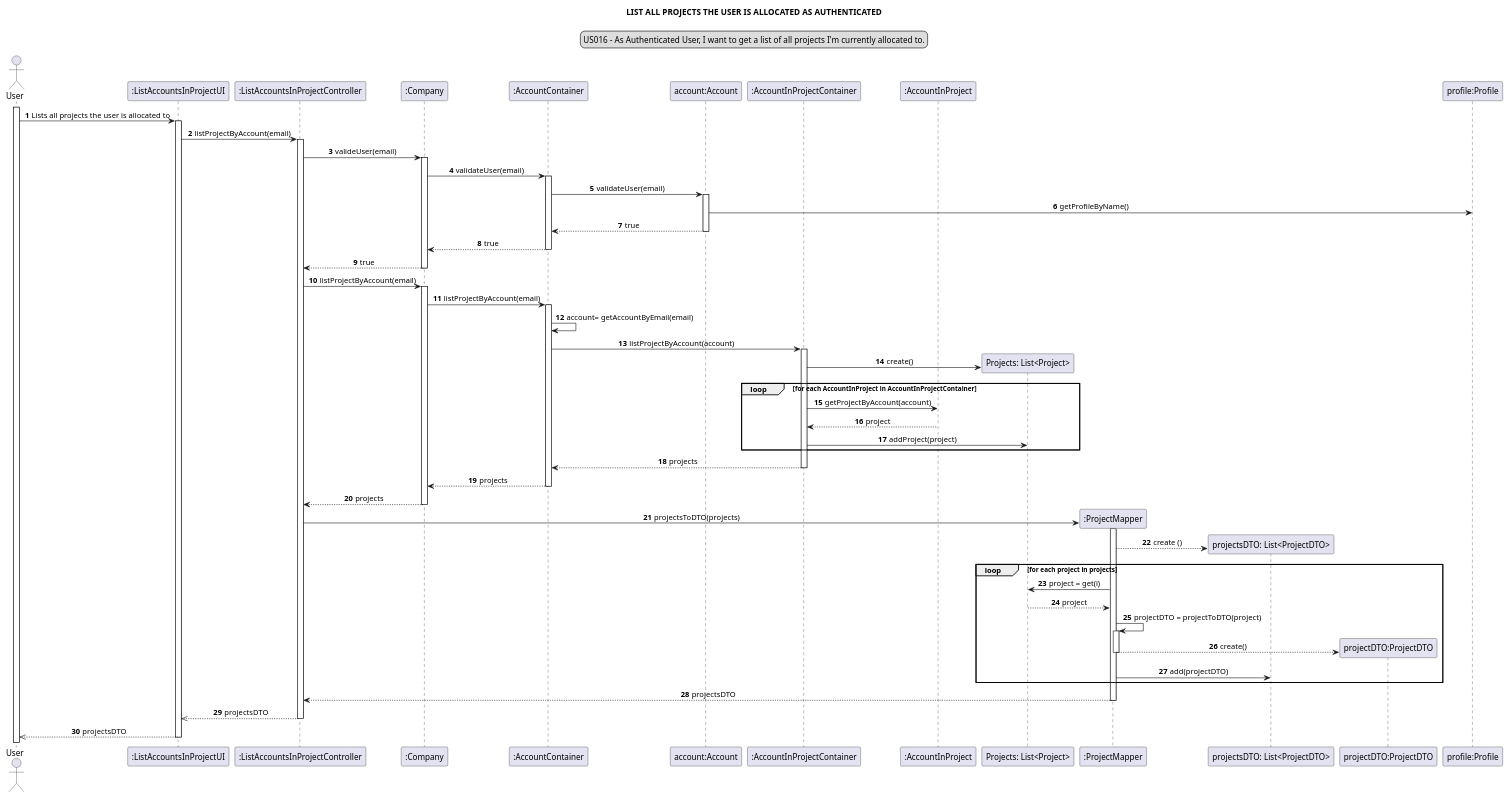
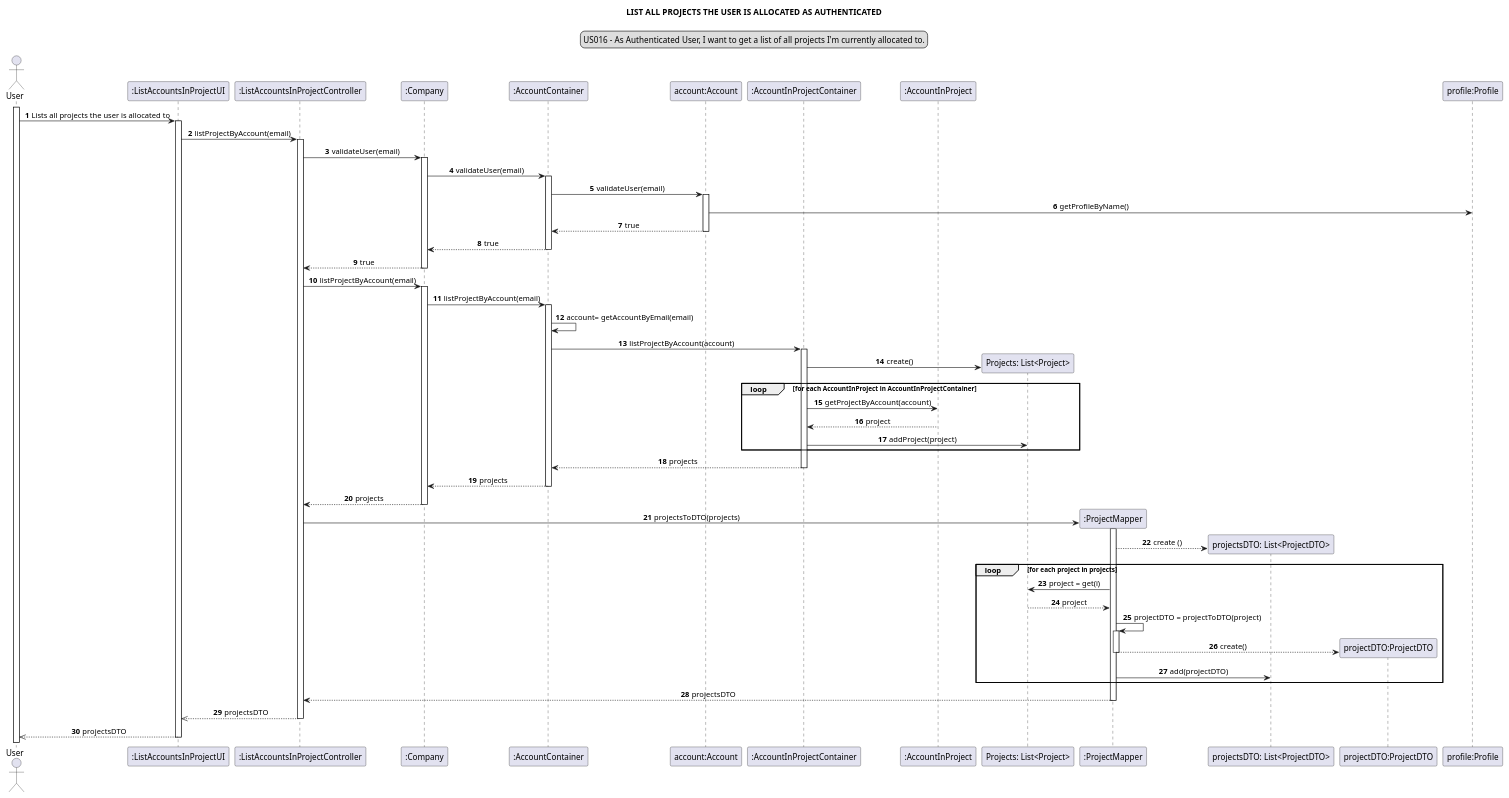
One commit to Loracline/project_switch_22-23 changed the diagram in docs/modelling_design/user_stories/sprint02/us016/US016_sequenceDiagram.puml. Above: the diagram before and after it, drawn with PlantUML.

Commit message:
US016:Implementation: added isUser method to Profile class and Account Class; added validateUser to AccountContainer Class and Company Class; Added respective tests to each ClassTest

```diff
--- a/docs/modelling_design/user_stories/sprint02/us016/US016_sequenceDiagram.puml
+++ b/docs/modelling_design/user_stories/sprint02/us016/US016_sequenceDiagram.puml
@@ -1,89 +1,89 @@
 @startuml
 skinparam sequenceMessageAlign center
 title LIST ALL PROJECTS THE USER IS ALLOCATED AS AUTHENTICATED
 legend top
 US016 - As Authenticated User, I want to get a list of all projects I'm currently allocated to.
 end legend
 autonumber
 actor User
 participant ":ListAccountsInProjectUI" as ui
 participant ":ListAccountsInProjectController" as controller
 participant ":Company" as company
 participant ":AccountContainer" as container
 
 participant "account:Account" as acc
 participant ":AccountInProjectContainer" as aipc
 participant ":AccountInProject" as aip
 participant "Projects: List<Project>" as list
 participant ":ProjectMapper" as mapper
 participant "projectsDTO: List<ProjectDTO>" as listdto
 participant "projectDTO:ProjectDTO" as DTO
 participant "profile:Profile" as pf
 
 activate User
 User -> ui: Lists all projects the user is allocated to
 activate ui
 ui -> controller: listProjectByAccount(email)
 activate controller
-controller -> company: valideUser(email)
+controller -> company: validateUser(email)
 activate company
 
 company -> container: validateUser(email)
 activate container
 container -> acc: validateUser(email)
 activate acc
 acc -> pf: getProfileByName()
 acc-->container : true
 deactivate acc
 container--> company: true
 deactivate container
 company --> controller: true
 deactivate company
 controller -> company: listProjectByAccount(email)
 activate company
 company -> container : listProjectByAccount(email)
 activate container
 container -> container : account= getAccountByEmail(email)
 container -> aipc : listProjectByAccount(account)
 activate aipc
 
 create list
 aipc -> list :create()
 loop for each AccountInProject in AccountInProjectContainer
 aipc -> aip : getProjectByAccount(account)
 aip --> aipc : project
 aipc -> list : addProject(project)
 end loop
 aipc --> container : projects
 deactivate aipc
 container --> company : projects
 deactivate container
 
 deactivate container
 
 company --> controller : projects
 deactivate company
 create mapper
 controller -> mapper: projectsToDTO(projects)
 deactivate company
 activate mapper
 create listdto
 mapper --> listdto : create ()
 loop for each project in projects
 mapper -> list: project = get(i)
 list --> mapper: project
 deactivate aipc
 mapper -> mapper : projectDTO = projectToDTO(project)
 activate mapper
 create DTO
 mapper --> DTO : create()
 deactivate mapper
 mapper -> listdto :add(projectDTO)
 end loop
 mapper --> controller :projectsDTO
 deactivate mapper
 controller -->> ui: projectsDTO
 deactivate controller
 ui -->> User: projectsDTO
 deactivate ui
 @enduml
```
